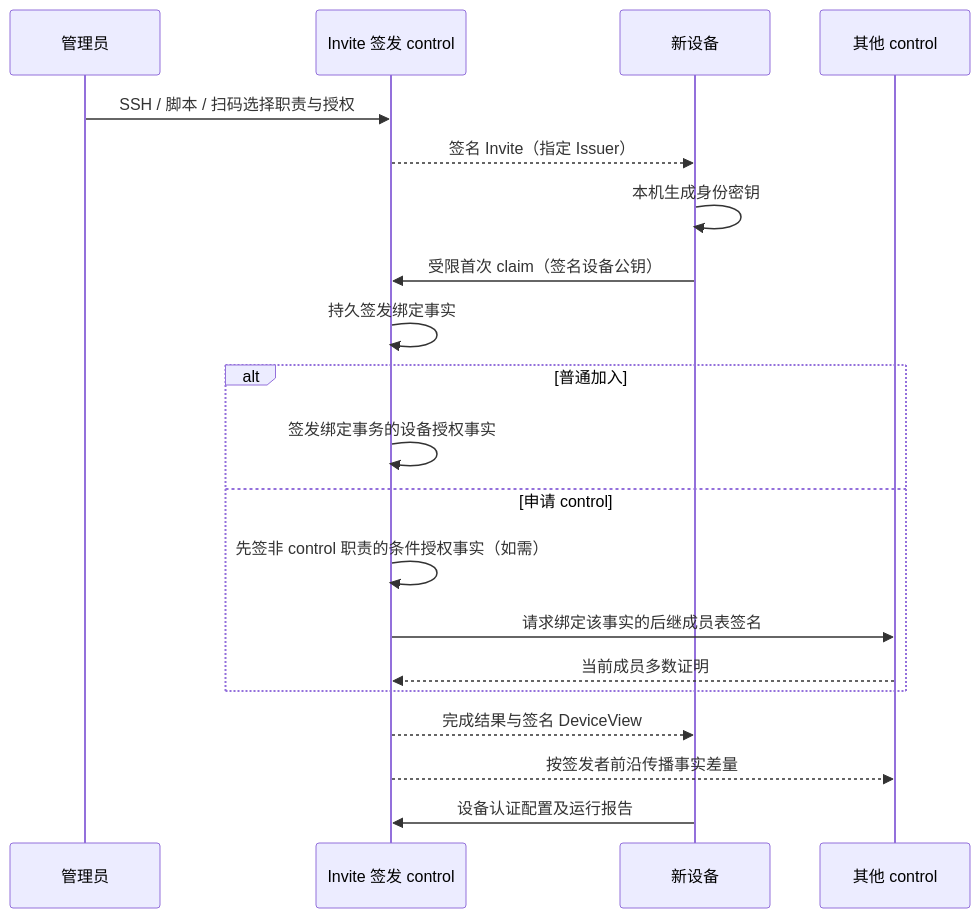
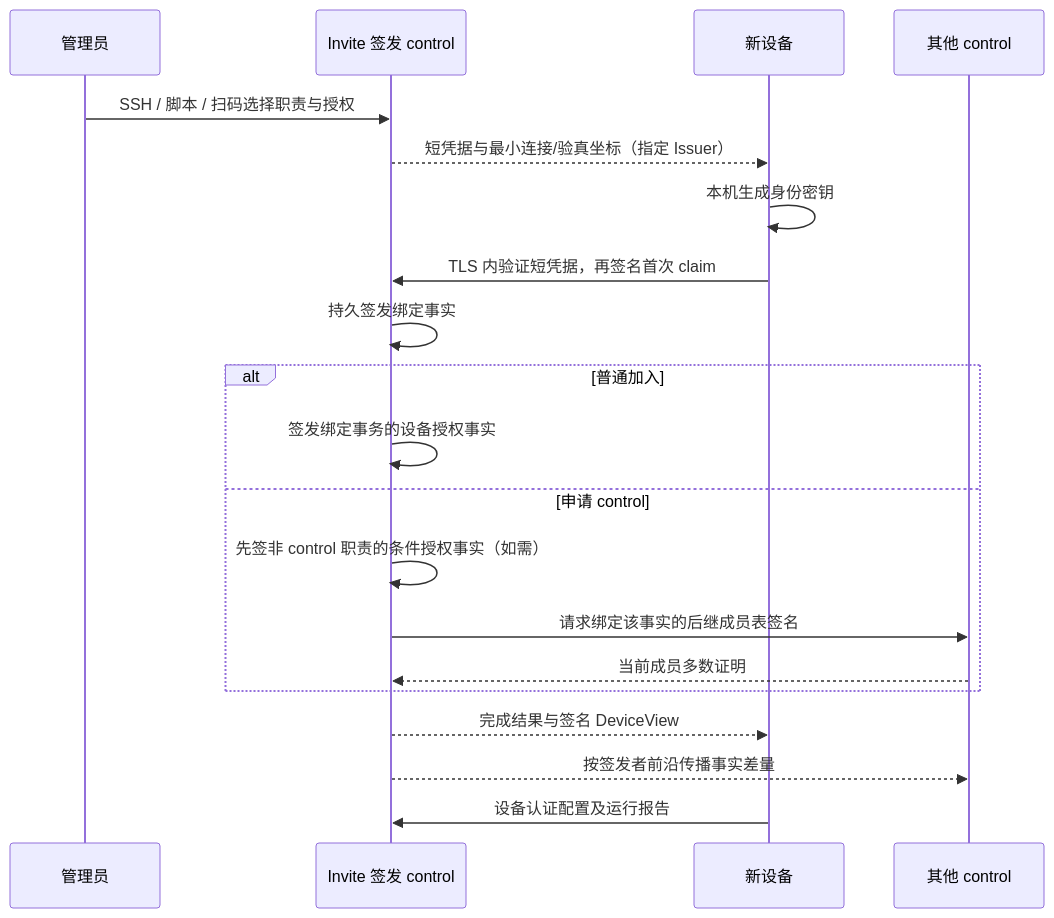
The third of 3 diagrams in docs/core/enrollment-endpoint-model.md (Scisaga/loom), drawn with Mermaid before and after one commit. The commit also changed other lines of this file and 49 other files, not shown here.

````diff
--- a/docs/core/enrollment-endpoint-model.md
+++ b/docs/core/enrollment-endpoint-model.md
@@ -697,22 +706,22 @@
 ```mermaid
 sequenceDiagram
     participant Admin as 管理员
     participant Issuer as Invite 签发 control
     participant Device as 新设备
     participant Peers as 其他 control
     Admin->>Issuer: SSH / 脚本 / 扫码选择职责与授权
-    Issuer-->>Device: 签名 Invite（指定 Issuer）
+    Issuer-->>Device: 短凭据与最小连接/验真坐标（指定 Issuer）
     Device->>Device: 本机生成身份密钥
-    Device->>Issuer: 受限首次 claim（签名设备公钥）
+    Device->>Issuer: TLS 内验证短凭据，再签名首次 claim
     Issuer->>Issuer: 持久签发绑定事实
     alt 普通加入
         Issuer->>Issuer: 签发绑定事务的设备授权事实
     else 申请 control
         Issuer->>Issuer: 先签非 control 职责的条件授权事实（如需）
         Issuer->>Peers: 请求绑定该事实的后继成员表签名
         Peers-->>Issuer: 当前成员多数证明
     end
     Issuer-->>Device: 完成结果与签名 DeviceView
     Issuer-->>Peers: 按签发者前沿传播事实差量
     Device->>Issuer: 设备认证配置及运行报告
 ```
````
